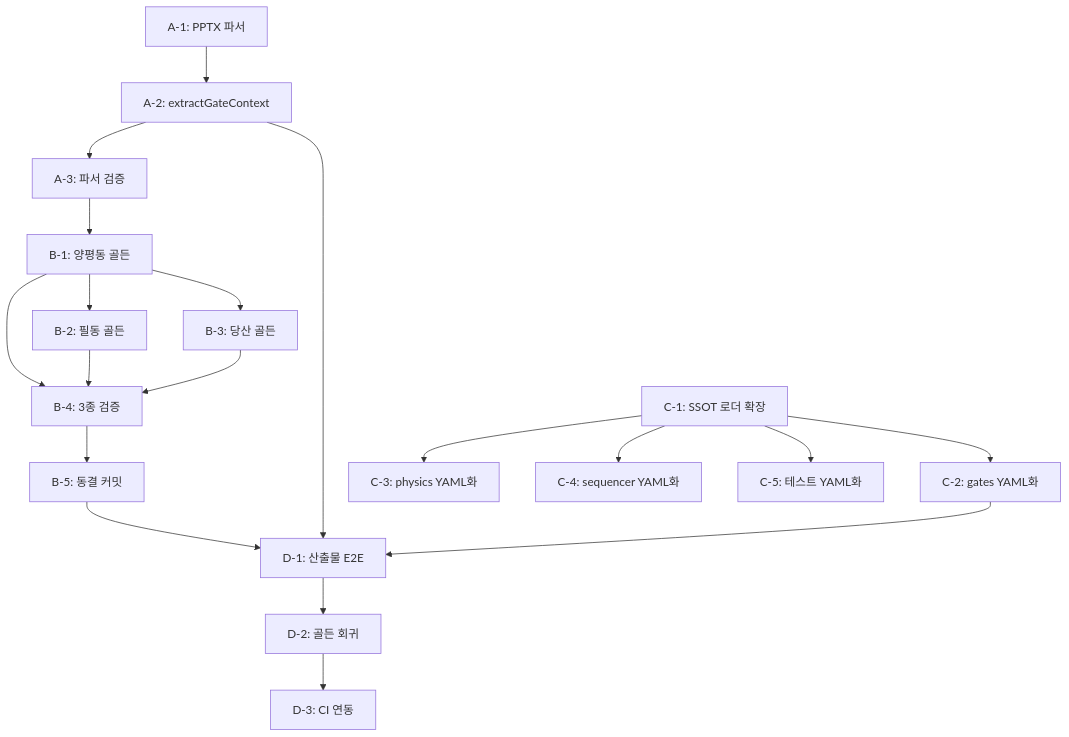
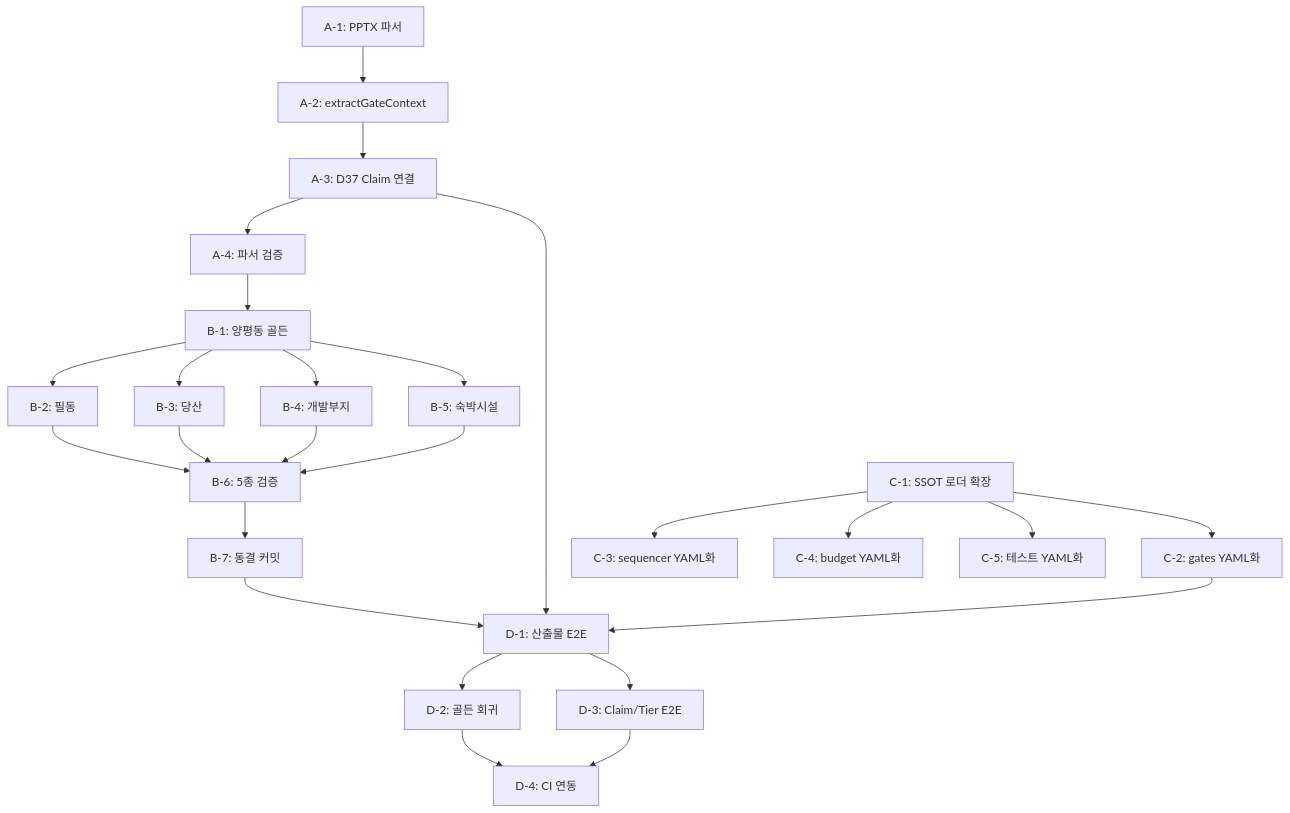
Before and after one commit to kboom8002/cre-dealcard: the second of 2 diagrams in docs/impipe/04_MODEL_GOLDEN_IM_REQUIREMENTS.md, drawn with Mermaid. The commit also changed other lines of this file and 2 other files, not shown here.

````diff
--- a/docs/impipe/04_MODEL_GOLDEN_IM_REQUIREMENTS.md
+++ b/docs/impipe/04_MODEL_GOLDEN_IM_REQUIREMENTS.md
@@ -303,23 +318,29 @@
 ```mermaid
 flowchart TD
     A1[A-1: PPTX 파서] --> A2[A-2: extractGateContext]
-    A2 --> A3[A-3: 파서 검증]
-    A3 --> B1[B-1: 양평동 골든]
-    B1 --> B2[B-2: 필동 골든]
-    B1 --> B3[B-3: 당산 골든]
-    B1 --> B4[B-4: 3종 검증]
-    B2 --> B4
-    B3 --> B4
-    B4 --> B5[B-5: 동결 커밋]
+    A2 --> A3[A-3: D37 Claim 연결]
+    A3 --> A4[A-4: 파서 검증]
+    A4 --> B1[B-1: 양평동 골든]
+    B1 --> B2[B-2: 필동]
+    B1 --> B3[B-3: 당산]
+    B1 --> B4[B-4: 개발부지]
+    B1 --> B5[B-5: 숙박시설]
+    B2 --> B6[B-6: 5종 검증]
+    B3 --> B6
+    B4 --> B6
+    B5 --> B6
+    B6 --> B7[B-7: 동결 커밋]
 
     C1[C-1: SSOT 로더 확장] --> C2[C-2: gates YAML화]
-    C1 --> C3[C-3: physics YAML화]
-    C1 --> C4[C-4: sequencer YAML화]
+    C1 --> C3[C-3: sequencer YAML화]
+    C1 --> C4[C-4: budget YAML화]
     C1 --> C5[C-5: 테스트 YAML화]
 
-    B5 --> D1[D-1: 산출물 E2E]
-    A2 --> D1
+    B7 --> D1[D-1: 산출물 E2E]
+    A3 --> D1
     D1 --> D2[D-2: 골든 회귀]
-    D2 --> D3[D-3: CI 연동]
+    D1 --> D3[D-3: Claim/Tier E2E]
+    D2 --> D4[D-4: CI 연동]
+    D3 --> D4
     C2 --> D1
 ```
````
